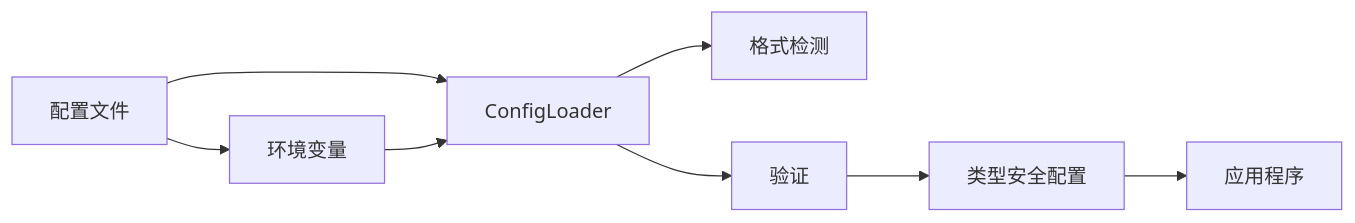
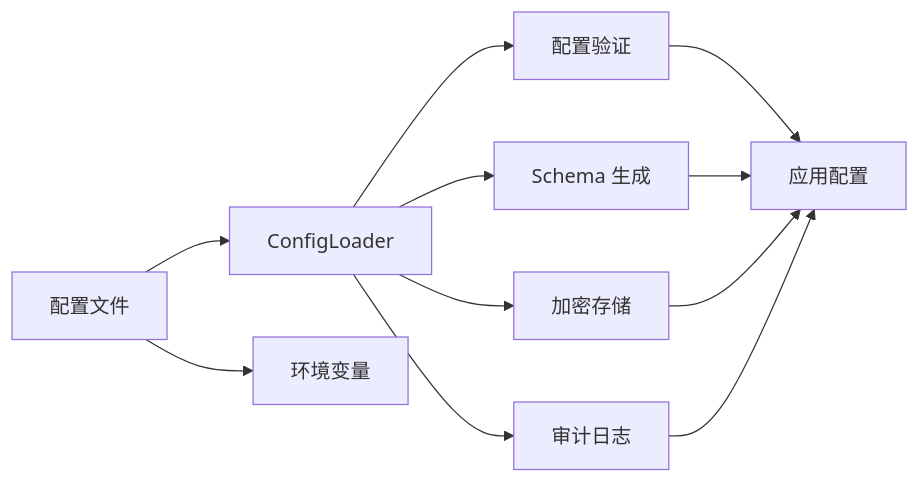
Before and after one commit to Kirky-X/confers: the first of 3 diagrams in README_zh.md, drawn with Mermaid. The commit also changed other lines of this file and 1 other file, not shown here.

````diff
--- a/README_zh.md
+++ b/README_zh.md
@@ -85,10 +86,13 @@
 ```mermaid
 graph LR
     A[配置文件] --> B[ConfigLoader]
-    B --> C[格式检测]
-    B --> D[验证]
-    D --> E[类型安全配置]
-    A --> F[环境变量]
-    F --> B
-    E --> G[应用程序]
+    A --> C[环境变量]
+    B --> D[配置验证]
+    B --> E[Schema 生成]
+    B --> F[加密存储]
+    B --> G[审计日志]
+    D --> H[应用配置]
+    E --> H
+    F --> H
+    G --> H
 ```
````
